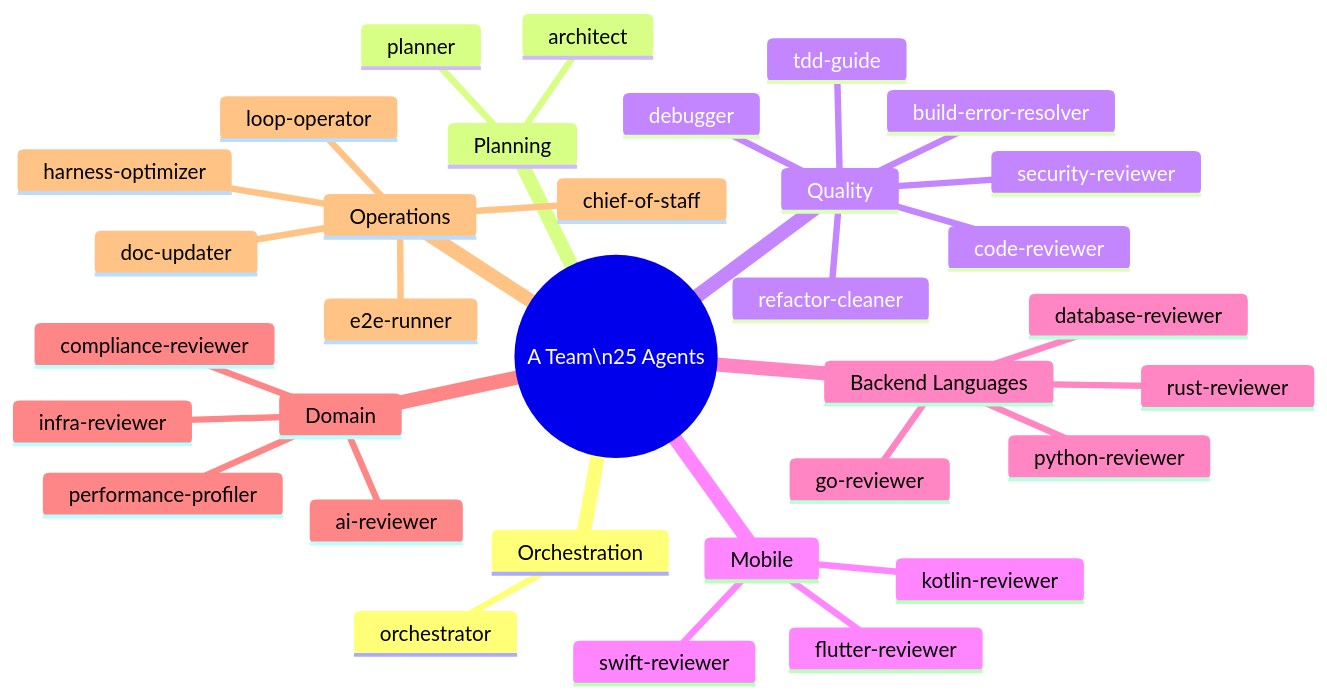
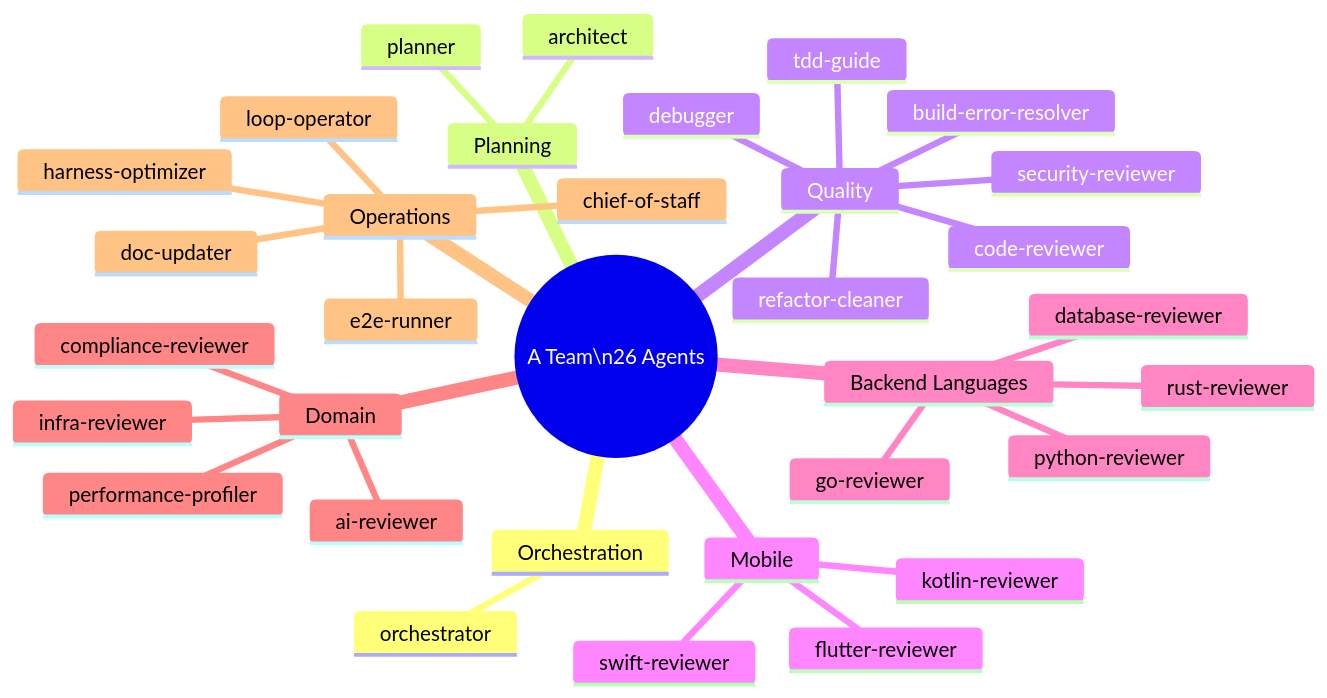
The third of 4 diagrams in docs/overview.md (RBraga01/a-team), drawn with Mermaid before and after one commit. The commit also changed other lines of this file and 7 other files, not shown here.

````diff
--- a/docs/overview.md
+++ b/docs/overview.md
@@ -127,36 +127,36 @@
 ```mermaid
 mindmap
-  root((A Team\n25 Agents))
+  root((A Team\n26 Agents))
     Orchestration
       orchestrator
     Planning
       architect
       planner
     Quality
       code-reviewer
       security-reviewer
       tdd-guide
       debugger
       refactor-cleaner
       build-error-resolver
     Mobile
       kotlin-reviewer
       swift-reviewer
       flutter-reviewer
     Backend Languages
       go-reviewer
       python-reviewer
       rust-reviewer
       database-reviewer
     Domain
       infra-reviewer
       compliance-reviewer
       ai-reviewer
       performance-profiler
     Operations
       harness-optimizer
       loop-operator
       e2e-runner
       doc-updater
       chief-of-staff
 ```
````
